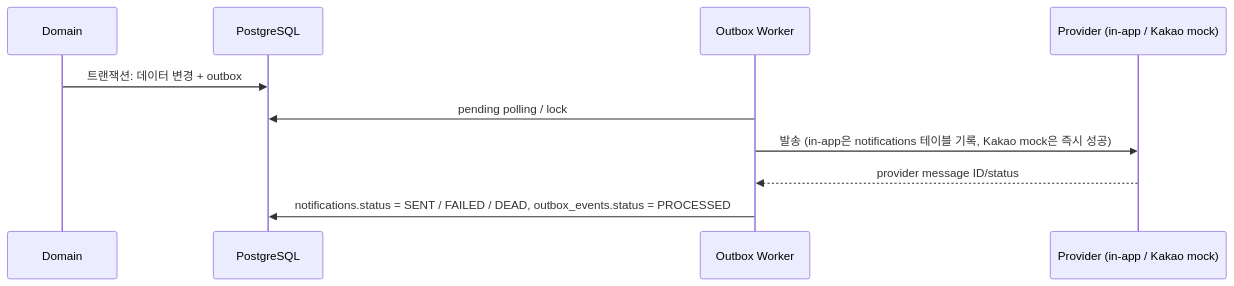
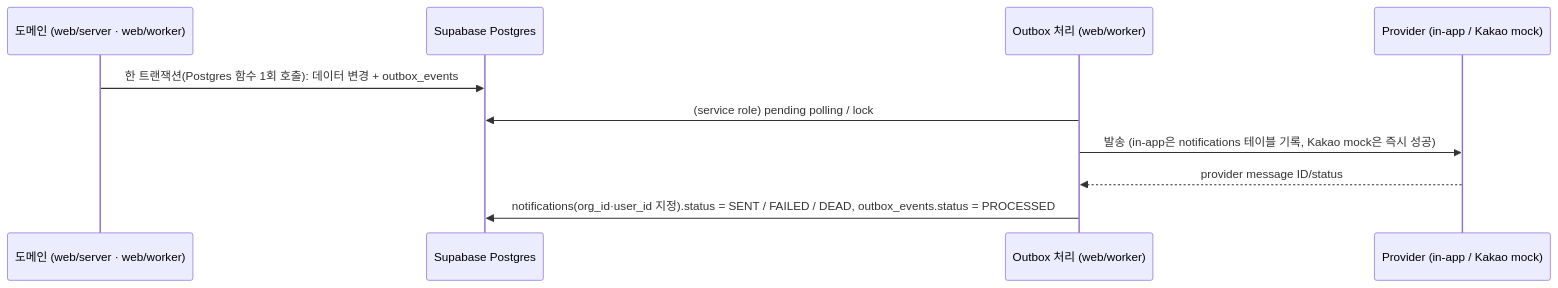
Before and after one commit to solideoai/sol-radar: the diagram in docs/13-NOTIFICATIONS.md, drawn with Mermaid. The commit also changed other lines of this file and 26 other files, not shown here.

````diff
--- a/docs/13-NOTIFICATIONS.md
+++ b/docs/13-NOTIFICATIONS.md
@@ -28,12 +28,12 @@
 ```mermaid
 sequenceDiagram
- participant D as Domain
- participant P as PostgreSQL
- participant W as Outbox Worker
+ participant D as 도메인 (web/server · web/worker)
+ participant P as Supabase Postgres
+ participant W as Outbox 처리 (web/worker)
  participant C as Provider (in-app / Kakao mock)
- D->>P: 트랜잭션: 데이터 변경 + outbox
- W->>P: pending polling / lock
+ D->>P: 한 트랜잭션(Postgres 함수 1회 호출): 데이터 변경 + outbox_events
+ W->>P: (service role) pending polling / lock
  W->>C: 발송 (in-app은 notifications 테이블 기록, Kakao mock은 즉시 성공)
  C-->>W: provider message ID/status
- W->>P: notifications.status = SENT / FAILED / DEAD, outbox_events.status = PROCESSED
+ W->>P: notifications(org_id·user_id 지정).status = SENT / FAILED / DEAD, outbox_events.status = PROCESSED
 ```
````
